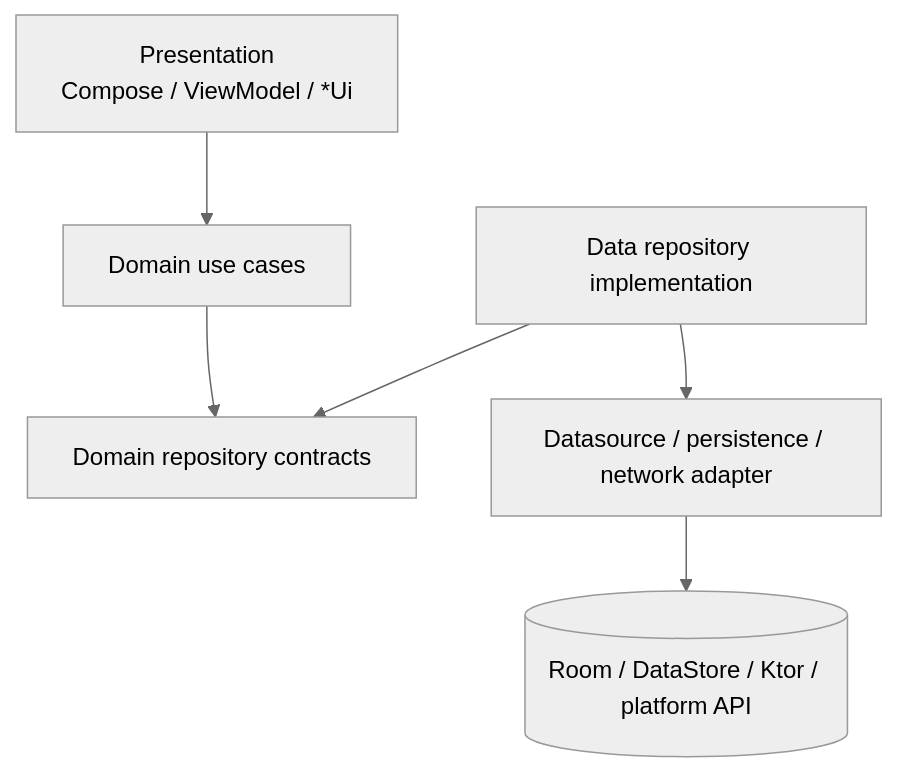
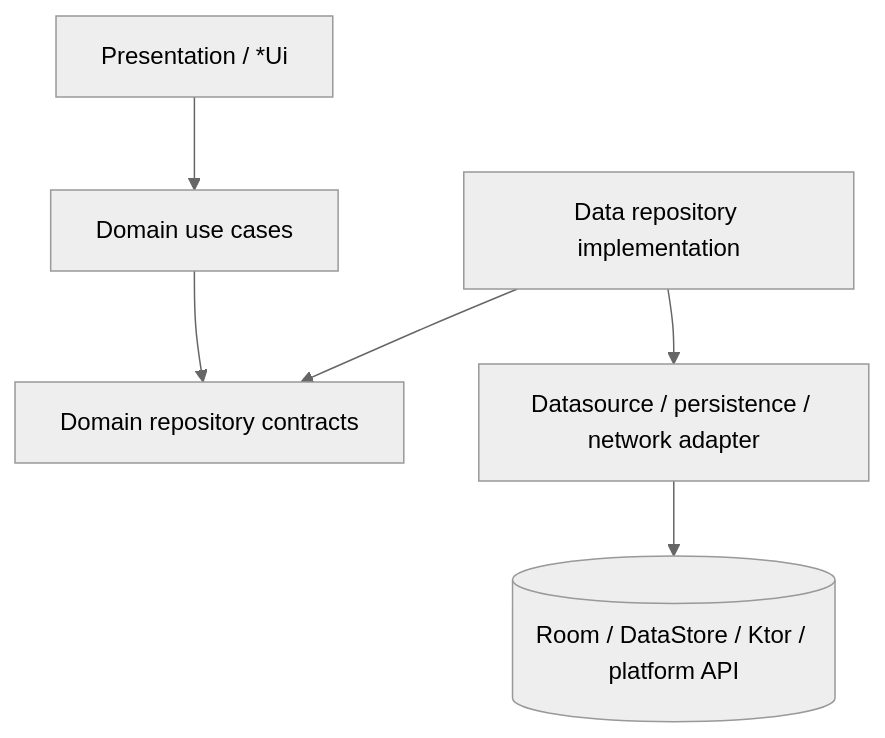
One commit to cbgm/Sparrow changed the second of 2 diagrams in docs/architecture/overview.md. Above: the diagram before and after it, drawn with Mermaid (neutral theme). The commit also changed other lines of this file and 92 other files, not shown here.

````diff
--- a/docs/architecture/overview.md
+++ b/docs/architecture/overview.md
@@ -80,8 +68,8 @@
 ```mermaid
 flowchart TD
-    P[Presentation\nCompose / ViewModel / *Ui] --> U[Domain use cases]
+    P[Presentation / *Ui] --> U[Domain use cases]
     U --> R[Domain repository contracts]
     RI[Data repository implementation] --> R
     RI --> DS[Datasource / persistence / network adapter]
     DS --> EXT[(Room / DataStore / Ktor / platform API)]
 ```
````
